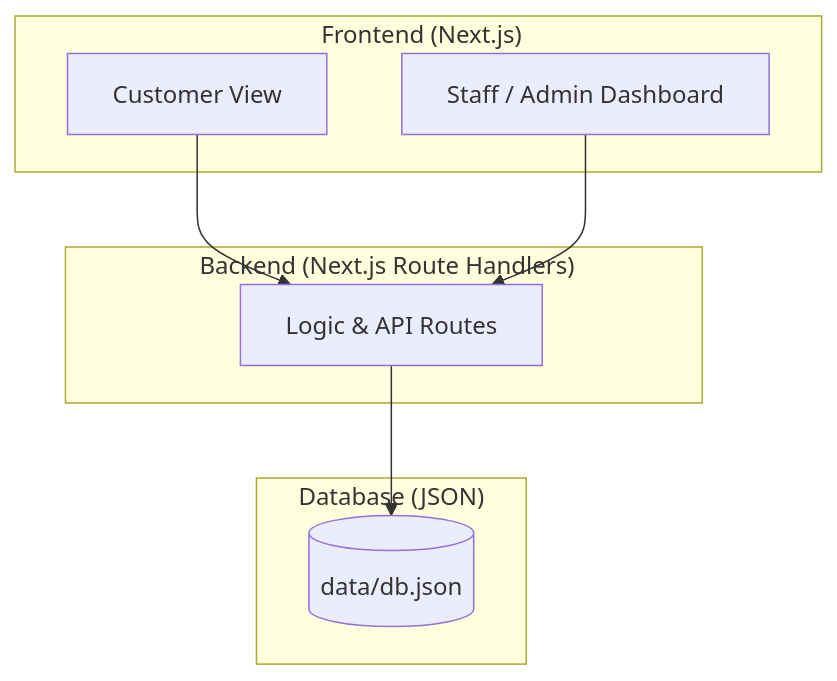
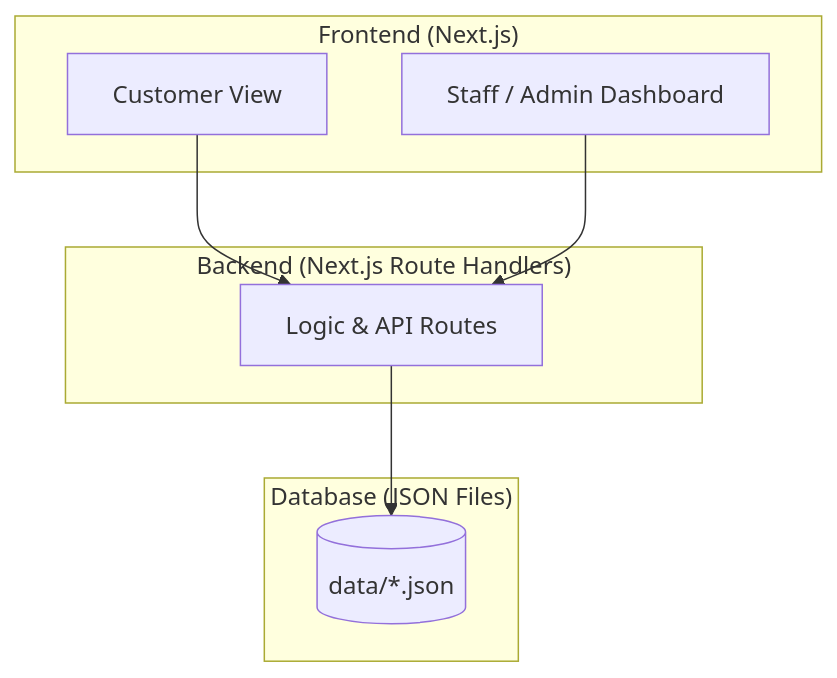
One commit to waranon-sop/csi204-project changed the first of 2 diagrams in docs/analysis-design.md. Above: the diagram before and after it, drawn with Mermaid. The commit also changed other lines of this file, not shown here.

````diff
--- a/docs/analysis-design.md
+++ b/docs/analysis-design.md
@@ -87,19 +91,19 @@
 ```mermaid
 graph TD
- subgraph Client["️ Frontend (Next.js)"]
- A[Customer View]
- B[Staff / Admin Dashboard]
- end
+  subgraph Client["Frontend (Next.js)"]
+    A[Customer View]
+    B[Staff / Admin Dashboard]
+  end
 
- subgraph Backend["️ Backend (Next.js Route Handlers)"]
- C[Logic & API Routes]
- end
+  subgraph Backend["Backend (Next.js Route Handlers)"]
+    C[Logic & API Routes]
+  end
 
- subgraph Data[" Database (JSON)"]
- D[(data/db.json)]
- end
+  subgraph Data["Database (JSON Files)"]
+    D[(data/*.json)]
+  end
 
- A --> C
- B --> C
- C --> D
+  A --> C
+  B --> C
+  C --> D
 ```
````
